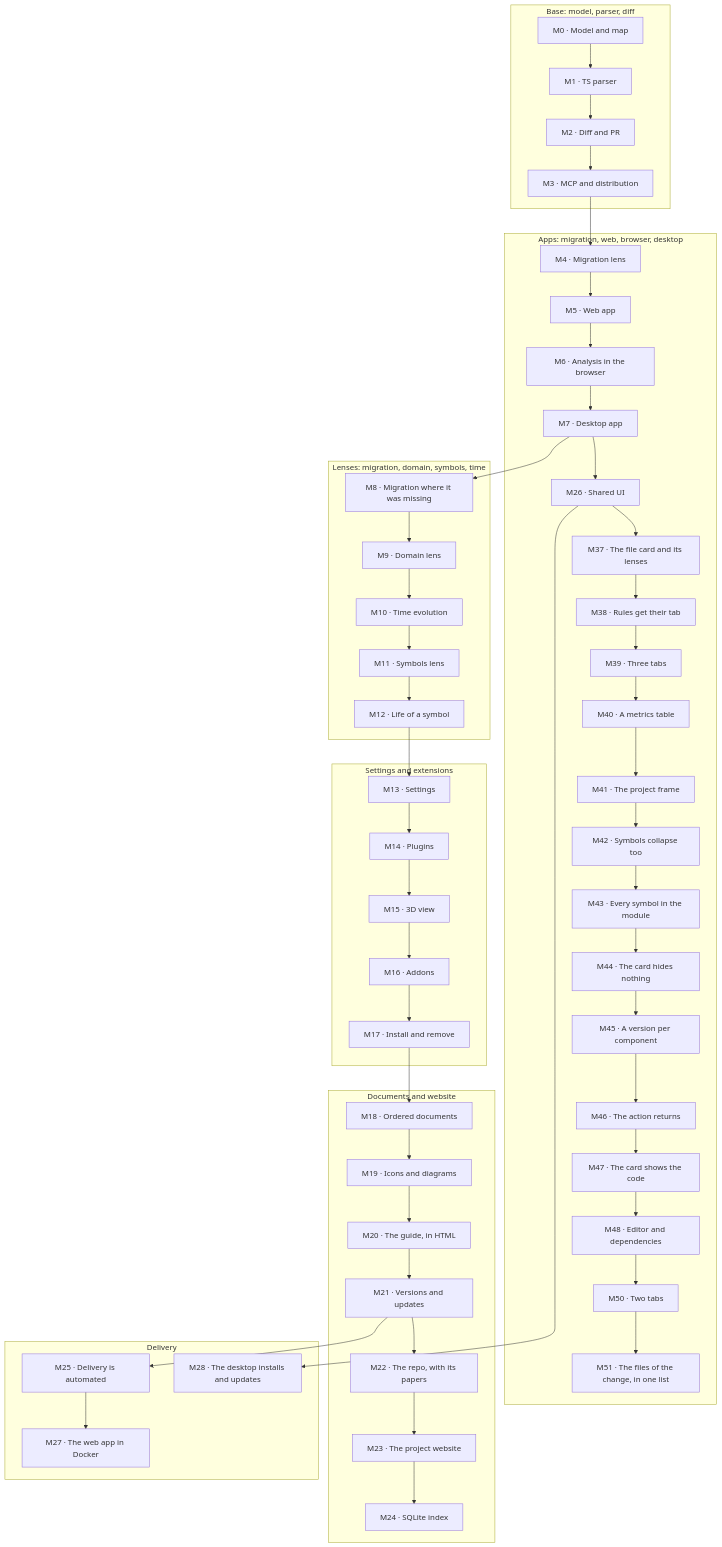
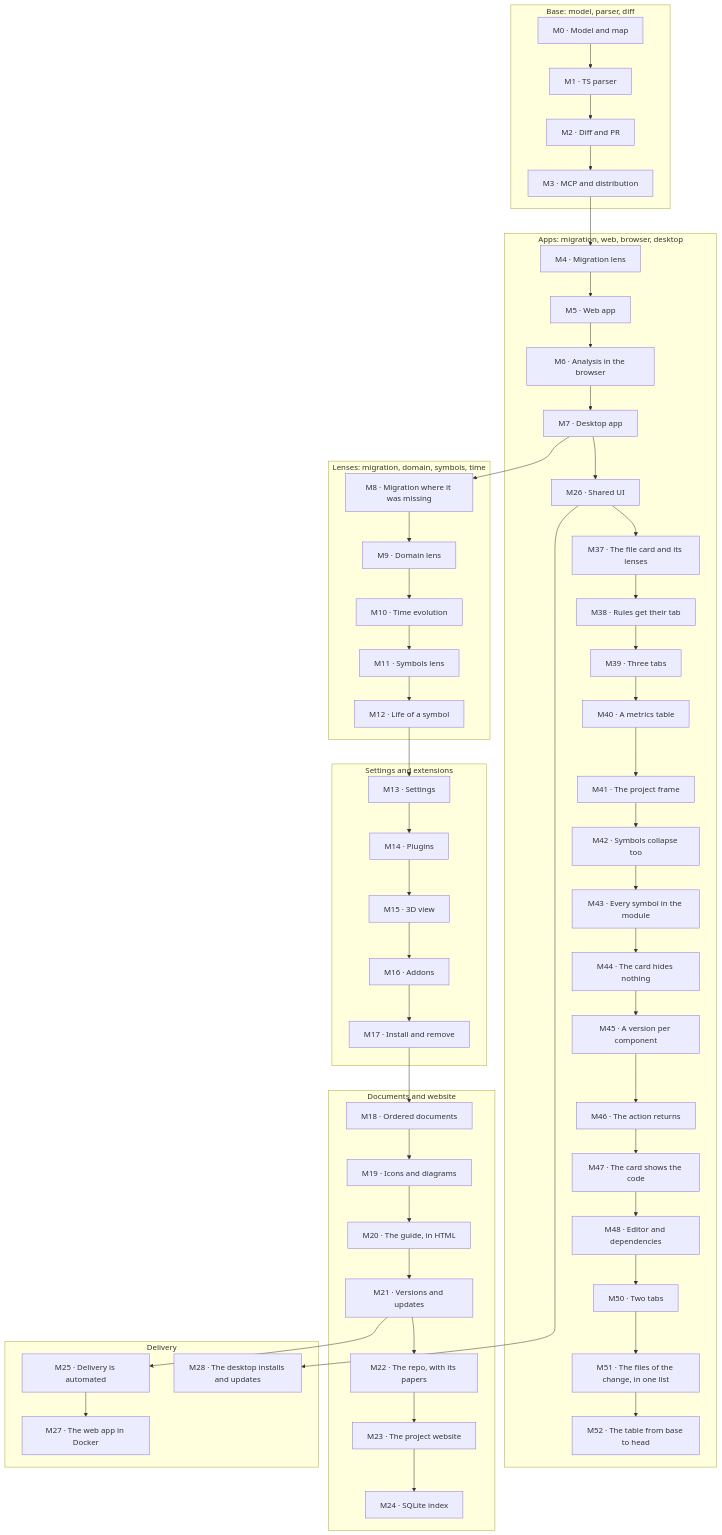
One commit to jaminsmoke/codarch changed the diagram in apps/site/docs/en/adr/roadmap.md. Above: the diagram before and after it, drawn with Mermaid. The commit also changed other lines of this file and 29 other files, not shown here.

````diff
--- a/apps/site/docs/en/adr/roadmap.md
+++ b/apps/site/docs/en/adr/roadmap.md
@@ -42,58 +42,59 @@
 ```mermaid
 flowchart TD
   subgraph base["Base: model, parser, diff"]
     M0["M0 · Model and map"] --> M1["M1 · TS parser"]
     M1 --> M2["M2 · Diff and PR"]
     M2 --> M3["M3 · MCP and distribution"]
   end
   subgraph apps["Apps: migration, web, browser, desktop"]
     M4["M4 · Migration lens"] --> M5["M5 · Web app"]
     M5 --> M6["M6 · Analysis in the browser"]
     M6 --> M7["M7 · Desktop app"]
     M7 --> M26["M26 · Shared UI"]
     M26 --> M37["M37 · The file card and its lenses"]
     M37 --> M38["M38 · Rules get their tab"]
     M38 --> M39["M39 · Three tabs"]
     M39 --> M40["M40 · A metrics table"]
     M40 --> M41["M41 · The project frame"]
     M41 --> M42["M42 · Symbols collapse too"]
     M42 --> M43["M43 · Every symbol in the module"]
     M43 --> M44["M44 · The card hides nothing"]
     M44 --> M45["M45 · A version per component"]
     M45 --> M46["M46 · The action returns"]
     M46 --> M47["M47 · The card shows the code"]
     M47 --> M48["M48 · Editor and dependencies"]
     M48 --> M50["M50 · Two tabs"]
     M50 --> M51["M51 · The files of the change, in one list"]
+    M51 --> M52["M52 · The table from base to head"]
   end
   subgraph lenses["Lenses: migration, domain, symbols, time"]
     M8["M8 · Migration where it was missing"] --> M9["M9 · Domain lens"]
     M9 --> M10["M10 · Time evolution"]
     M10 --> M11["M11 · Symbols lens"]
     M11 --> M12["M12 · Life of a symbol"]
   end
   subgraph ext["Settings and extensions"]
     M13["M13 · Settings"] --> M14["M14 · Plugins"]
     M14 --> M15["M15 · 3D view"]
     M15 --> M16["M16 · Addons"]
     M16 --> M17["M17 · Install and remove"]
   end
   subgraph docs["Documents and website"]
     M18["M18 · Ordered documents"] --> M19["M19 · Icons and diagrams"]
     M19 --> M20["M20 · The guide, in HTML"]
     M20 --> M21["M21 · Versions and updates"]
     M21 --> M22["M22 · The repo, with its papers"]
     M22 --> M23["M23 · The project website"]
     M23 --> M24["M24 · SQLite index"]
   end
   subgraph delivery["Delivery"]
     M25["M25 · Delivery is automated"]
     M25 --> M27["M27 · The web app in Docker"]
     M26 --> M28["M28 · The desktop installs and updates"]
   end
   M3 --> M4
   M7 --> M8
   M12 --> M13
   M17 --> M18
   M21 --> M25
 ```
````
